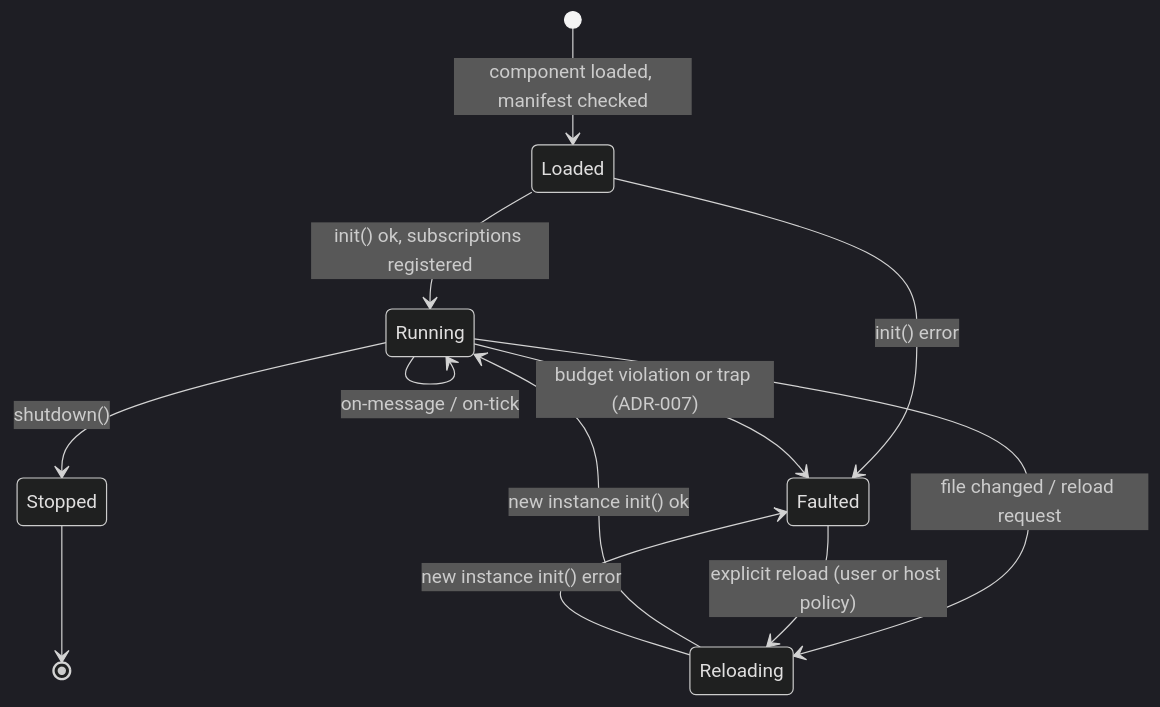
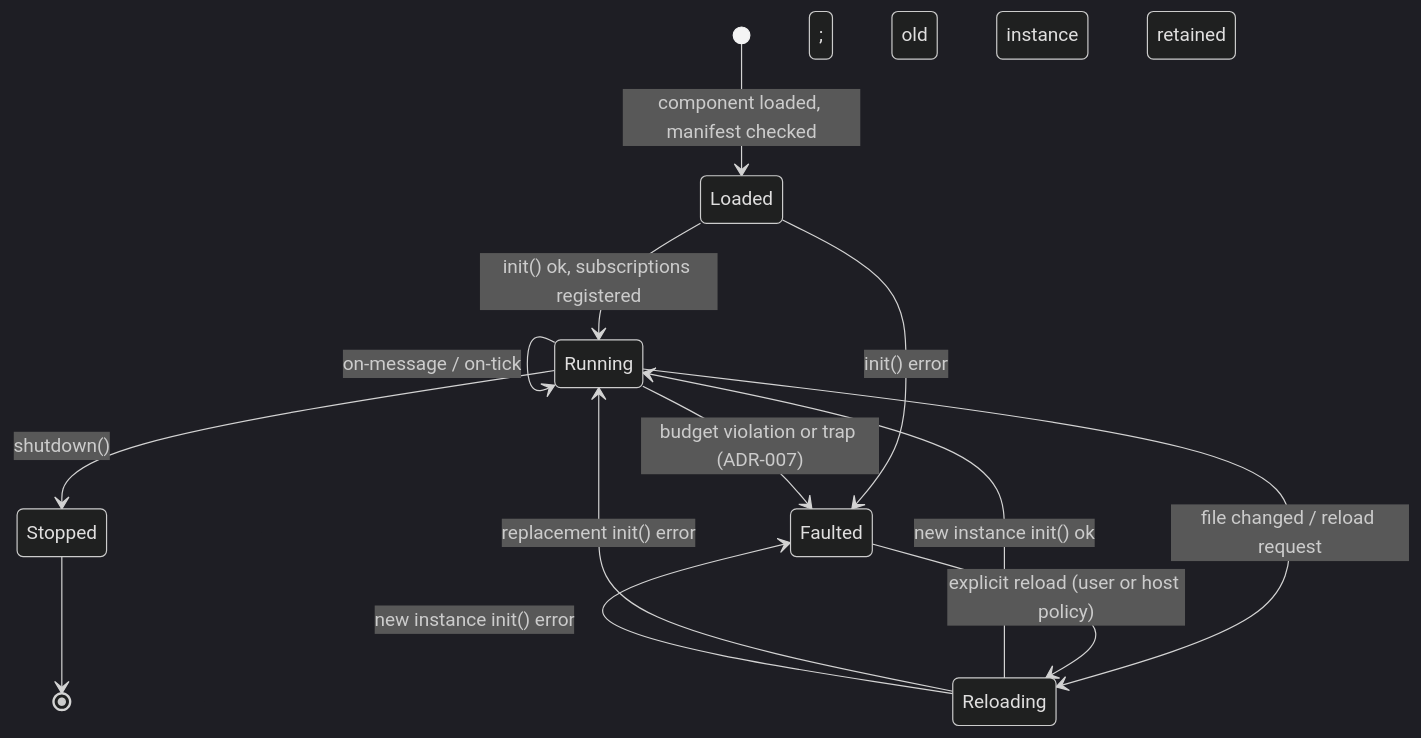
The diagram in docs/design/extensions.md (an-dr/bones), drawn with Mermaid (dark theme) before and after one commit. The commit also changed other lines of this file and 191 other files, not shown here.

First line of the commit message:
feat: add orderly shutdown, flow control, and web panels

````diff
--- a/docs/design/extensions.md
+++ b/docs/design/extensions.md
@@ -38,14 +39,15 @@
 ```mermaid
 stateDiagram-v2
     [*] --> Loaded: component loaded, manifest checked
     Loaded --> Running: init() ok, subscriptions registered
     Loaded --> Faulted: init() error
     Running --> Running: on-message / on-tick
     Running --> Faulted: budget violation or trap (ADR-007)
     Running --> Reloading: file changed / reload request
     Faulted --> Reloading: explicit reload (user or host policy)
     Reloading --> Running: new instance init() ok
+    Reloading --> Running: replacement init() error; old instance retained
     Reloading --> Faulted: new instance init() error
     Running --> Stopped: shutdown()
     Stopped --> [*]
 ```
````
